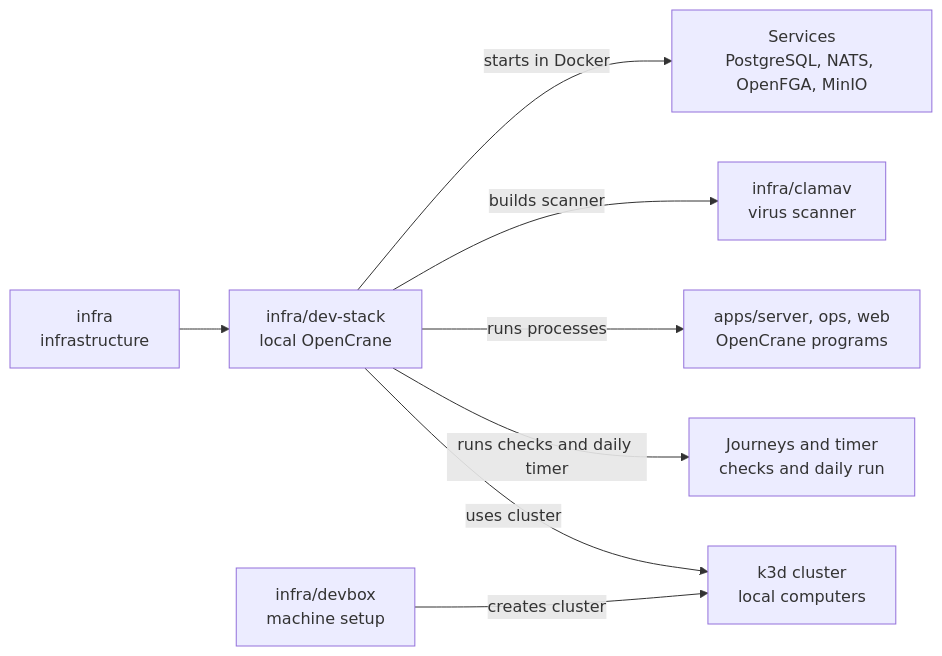
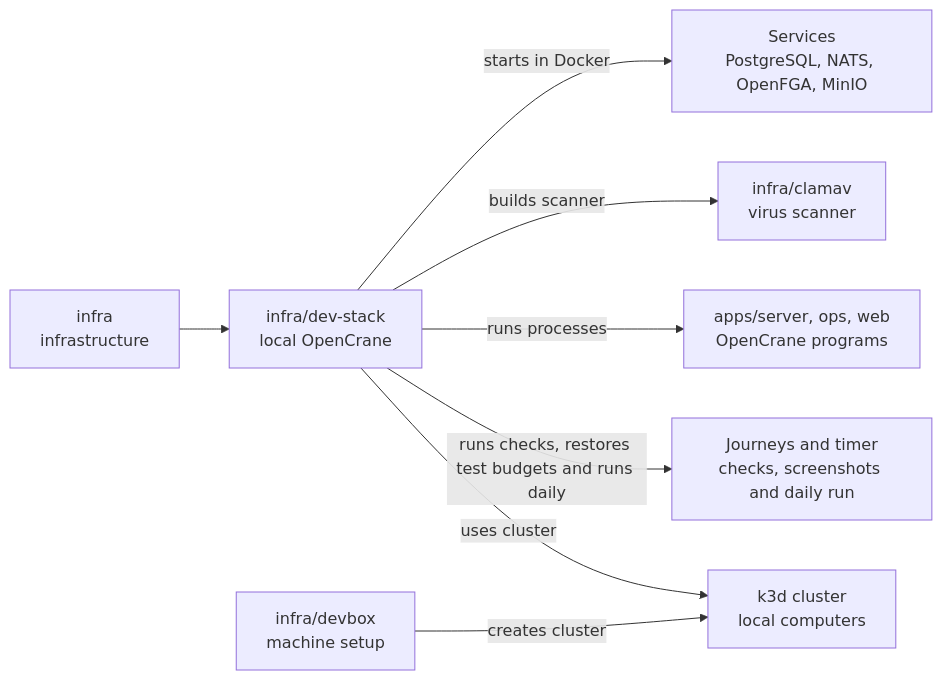
The diagram in infra/dev-stack/README.md (elewa-git/opencrane-new), drawn with Mermaid before and after one commit. The commit also changed other lines of this file and 63 other files, not shown here.

````diff
--- a/infra/dev-stack/README.md
+++ b/infra/dev-stack/README.md
@@ -15,10 +15,10 @@
 ```mermaid
 flowchart LR
   infra["infra<br/>infrastructure"] --> stack["infra/dev-stack<br/>local OpenCrane"]
   stack -->|starts in Docker| services["Services<br/>PostgreSQL, NATS, OpenFGA, MinIO"]
   stack -->|builds scanner| clamav["infra/clamav<br/>virus scanner"]
   stack -->|runs processes| apps["apps/server, ops, web<br/>OpenCrane programs"]
-  stack -->|runs checks and daily timer| journeys["Journeys and timer<br/>checks and daily run"]
+  stack -->|runs checks, restores test budgets and runs daily| journeys["Journeys and timer<br/>checks, screenshots and daily run"]
   devbox["infra/devbox<br/>machine setup"] -->|creates cluster| cluster["k3d cluster<br/>local computers"]
   stack -->|uses cluster| cluster
 ```
````
